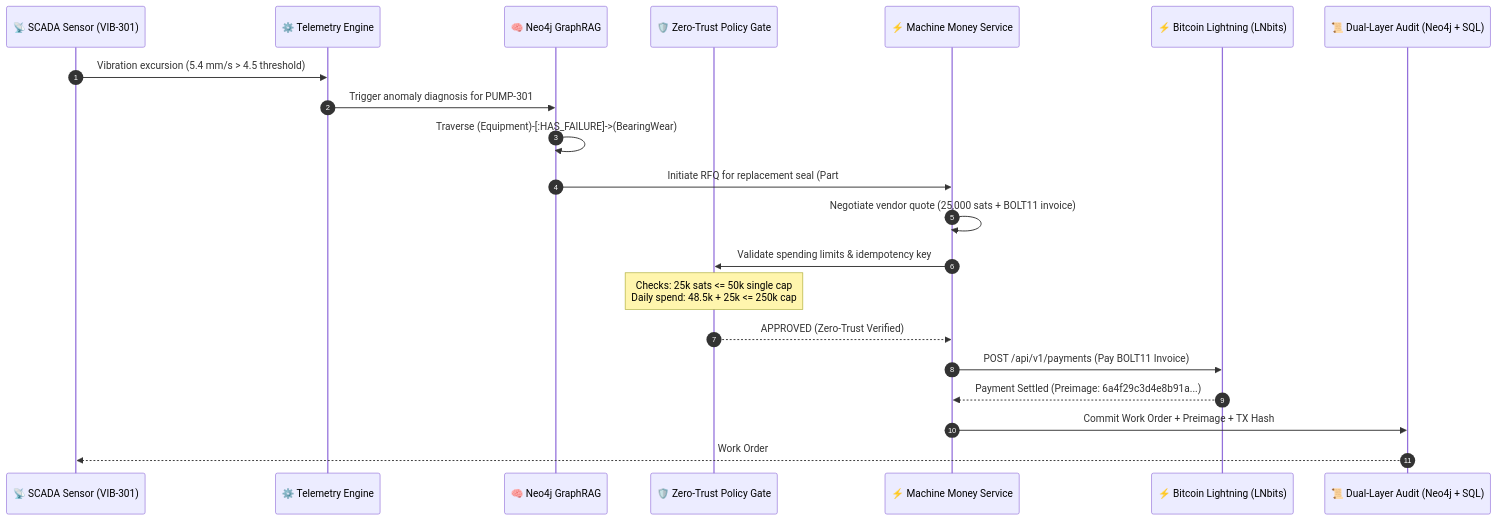
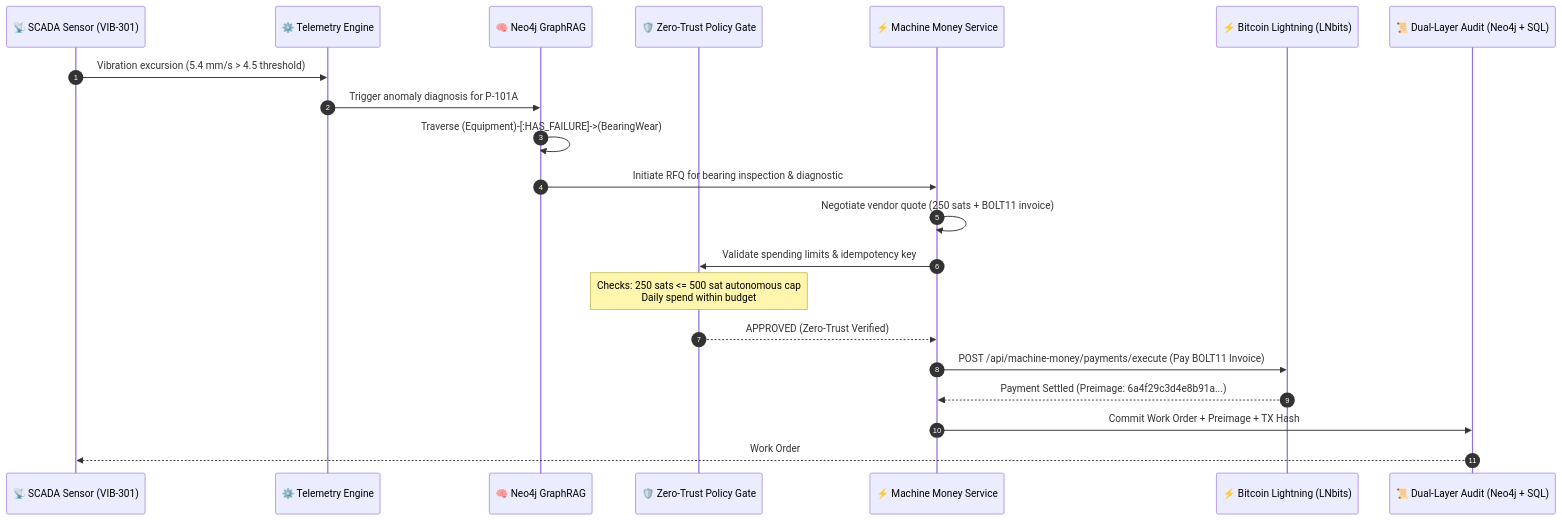
Before and after one commit to hacker9854-ship-it/AuRAG: the diagram in README.md, drawn with Mermaid. The commit also changed other lines of this file and 12 other files, not shown here.

Commit message:
refactor(machine-money): centralize judge fixture, canonicalize amounts, and bind rfq to payment proof

````diff
--- a/README.md
+++ b/README.md
@@ -136,24 +136,24 @@
 ```mermaid
 sequenceDiagram
     autonumber
     participant SCADA as 📡 SCADA Sensor (VIB-301)
     participant Telemetry as ⚙️ Telemetry Engine
     participant GraphRAG as 🧠 Neo4j GraphRAG
     participant Policy as 🛡️ Zero-Trust Policy Gate
     participant M2M as ⚡ Machine Money Service
     participant LNbits as ⚡ Bitcoin Lightning (LNbits)
     participant Ledger as 📜 Dual-Layer Audit (Neo4j + SQL)
 
     SCADA->>Telemetry: Vibration excursion (5.4 mm/s > 4.5 threshold)
-    Telemetry->>GraphRAG: Trigger anomaly diagnosis for PUMP-301
+    Telemetry->>GraphRAG: Trigger anomaly diagnosis for P-101A
     GraphRAG->>GraphRAG: Traverse (Equipment)-[:HAS_FAILURE]->(BearingWear)
-    GraphRAG->>M2M: Initiate RFQ for replacement seal (Part #SKF-6205)
-    M2M->>M2M: Negotiate vendor quote (25,000 sats + BOLT11 invoice)
+    GraphRAG->>M2M: Initiate RFQ for bearing inspection & diagnostic
+    M2M->>M2M: Negotiate vendor quote (250 sats + BOLT11 invoice)
     M2M->>Policy: Validate spending limits & idempotency key
-    Note over Policy: Checks: 25k sats <= 50k single cap<br/>Daily spend: 48.5k + 25k <= 250k cap
+    Note over Policy: Checks: 250 sats <= 500 sat autonomous cap<br/>Daily spend within budget
     Policy-->>M2M: APPROVED (Zero-Trust Verified)
-    M2M->>LNbits: POST /api/v1/payments (Pay BOLT11 Invoice)
+    M2M->>LNbits: POST /api/machine-money/payments/execute (Pay BOLT11 Invoice)
     LNbits-->>M2M: Payment Settled (Preimage: 6a4f29c3d4e8b91a...)
     M2M->>Ledger: Commit Work Order + Preimage + TX Hash
-    Ledger-->>SCADA: Work Order #WO-2026 Dispatched & Logged
+    Ledger-->>SCADA: Work Order #WO-2026-P101 Dispatched & Logged
 ```
````
